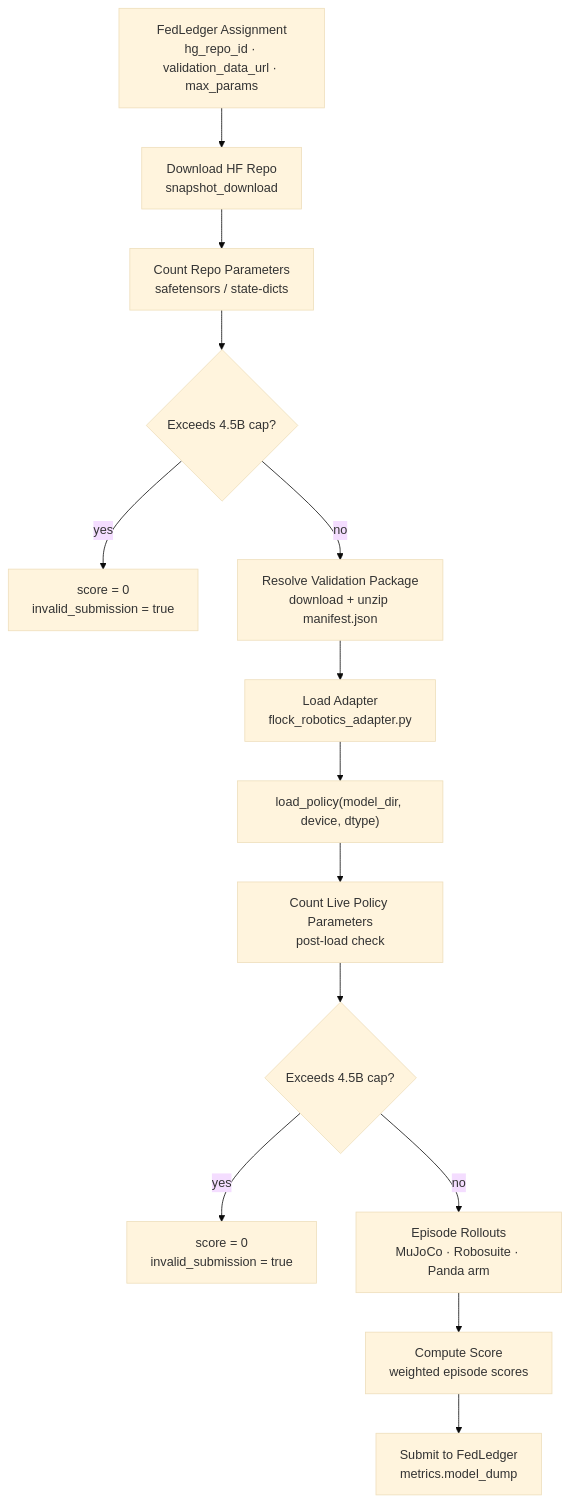
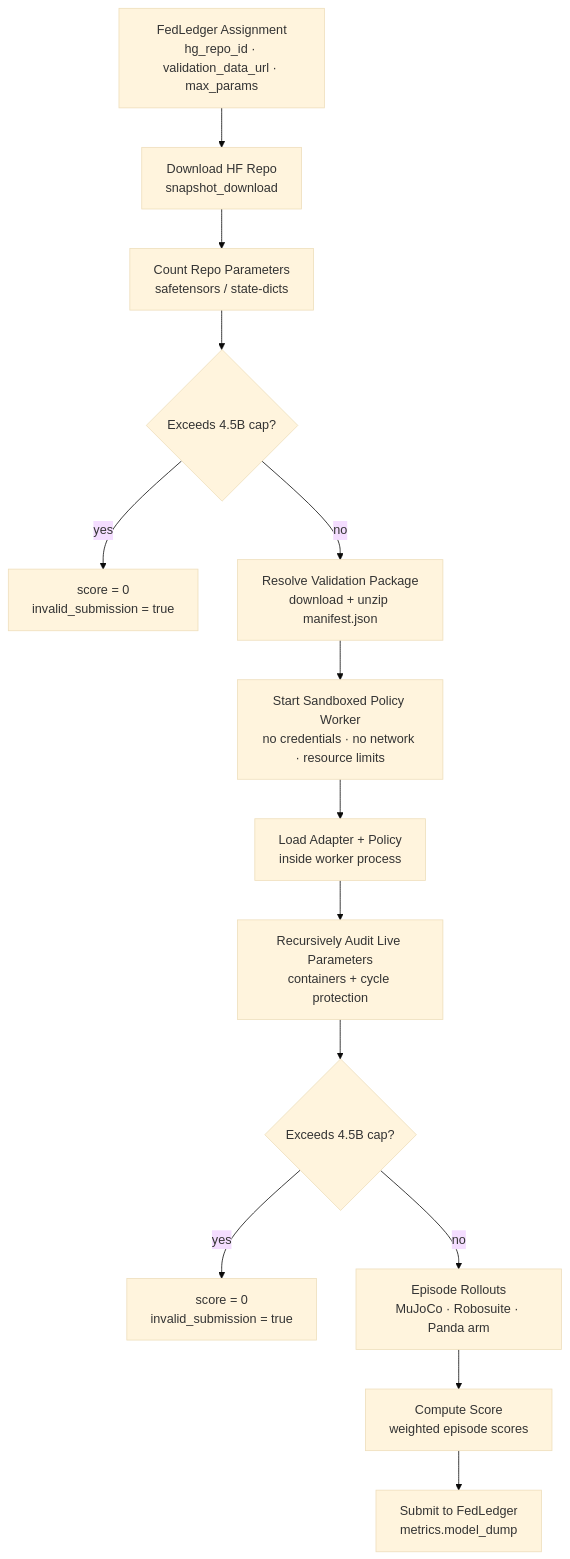
Before and after one commit to vatsalkshah/FLock-validator: the diagram in validator/modules/robotics_vla/README.md, drawn with Mermaid (base theme). The commit also changed other lines of this file and 6 other files, not shown here.

````diff
--- a/validator/modules/robotics_vla/README.md
+++ b/validator/modules/robotics_vla/README.md
@@ -9,16 +9,16 @@
 ```mermaid
 flowchart TD
     A["FedLedger Assignment\nhg_repo_id · validation_data_url · max_params"] --> B["Download HF Repo\nsnapshot_download"]
     B --> C["Count Repo Parameters\nsafetensors / state-dicts"]
     C --> D{Exceeds 4.5B cap?}
     D -- yes --> ZERO1["score = 0\ninvalid_submission = true"]
     D -- no --> E["Resolve Validation Package\ndownload + unzip manifest.json"]
-    E --> F["Load Adapter\nflock_robotics_adapter.py"]
-    F --> G["load_policy(model_dir, device, dtype)"]
-    G --> H["Count Live Policy Parameters\npost-load check"]
+    E --> F["Start Sandboxed Policy Worker\nno credentials · no network · resource limits"]
+    F --> G["Load Adapter + Policy\ninside worker process"]
+    G --> H["Recursively Audit Live Parameters\ncontainers + cycle protection"]
     H --> I{Exceeds 4.5B cap?}
     I -- yes --> ZERO2["score = 0\ninvalid_submission = true"]
     I -- no --> J["Episode Rollouts\nMuJoCo · Robosuite · Panda arm"]
     J --> K["Compute Score\nweighted episode scores"]
     K --> L["Submit to FedLedger\nmetrics.model_dump"]
 ```
````
